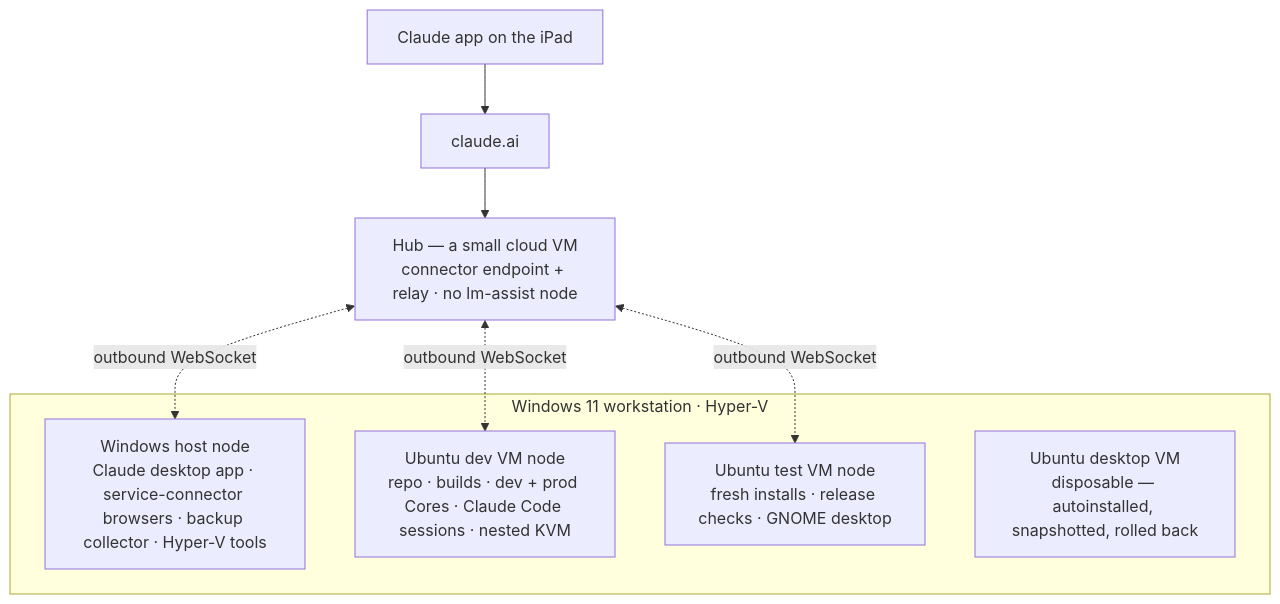
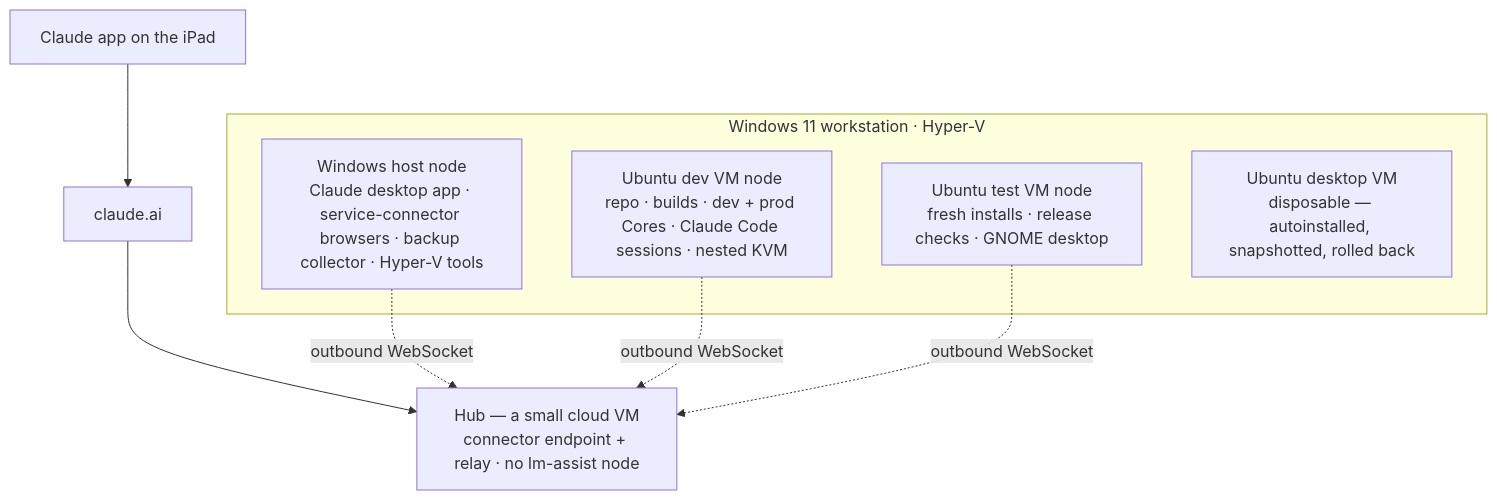
Before and after one commit to langmartai/lm-assist: the diagram in docs/articles/2026-09-the-server-build-behind-it.md, drawn with Mermaid.

Commit message:
docs(articles): server-build diagram — plain dotted arrows, node to hub
Claude-Session: https://claude.ai/code/session_012mFS5NkVY9xZgv3CVQgzAo

````diff
--- a/docs/articles/2026-09-the-server-build-behind-it.md
+++ b/docs/articles/2026-09-the-server-build-behind-it.md
@@ -18,14 +18,14 @@
 ```mermaid
 flowchart TB
   IPAD["Claude app on the iPad"] --> CAI["claude.ai"]
   CAI --> HUB["Hub — a small cloud VM<br/>connector endpoint + relay · no lm-assist node"]
   subgraph HOST["Windows 11 workstation · Hyper-V"]
     W["Windows host node<br/>Claude desktop app · service-connector browsers · backup collector · Hyper-V tools"]
     D["Ubuntu dev VM node<br/>repo · builds · dev + prod Cores · Claude Code sessions · nested KVM"]
     T["Ubuntu test VM node<br/>fresh installs · release checks · GNOME desktop"]
     X["Ubuntu desktop VM<br/>disposable — autoinstalled, snapshotted, rolled back"]
   end
-  HUB <-. "outbound WebSocket" .-> W
-  HUB <-. "outbound WebSocket" .-> D
-  HUB <-. "outbound WebSocket" .-> T
+  W -. "outbound WebSocket" .-> HUB
+  D -. "outbound WebSocket" .-> HUB
+  T -. "outbound WebSocket" .-> HUB
 ```
````
